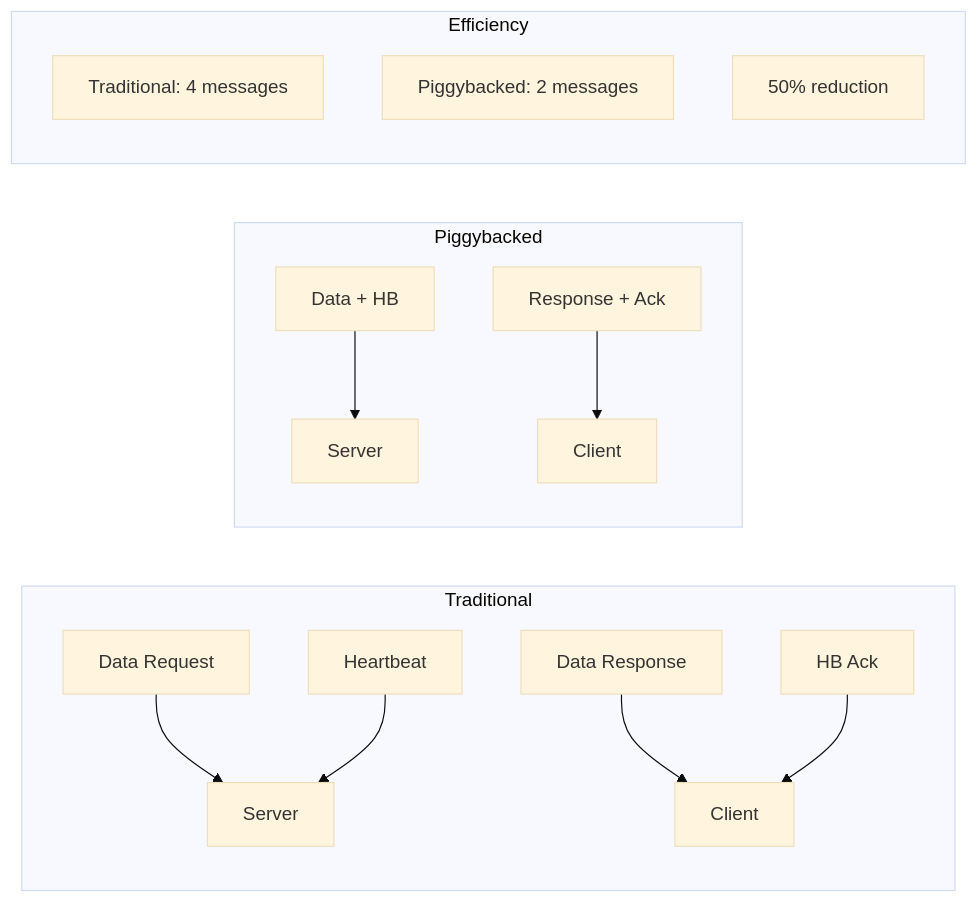
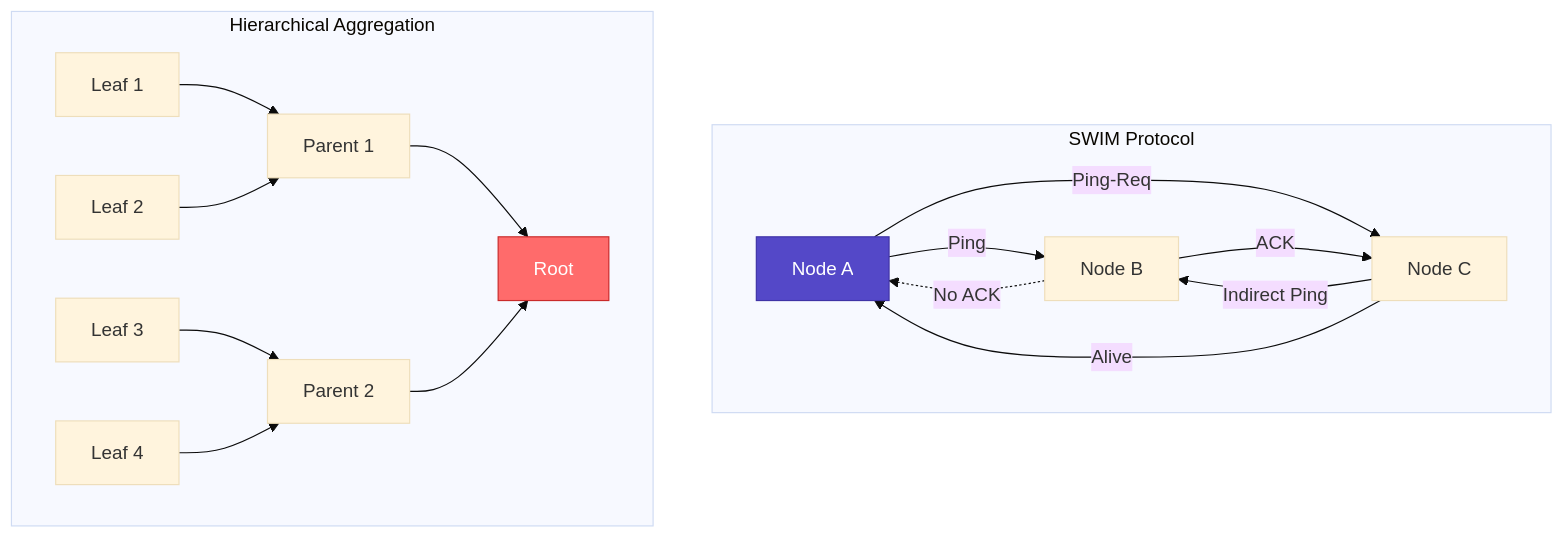
Before and after one commit to deepaucksharma/DStudio: the fourth of 6 diagrams in docs/pattern-library/resilience/heartbeat.md, drawn with Mermaid (base theme). The commit also changed other lines of this file and 119 other files, not shown here.

````diff
--- a/docs/pattern-library/resilience/heartbeat.md
+++ b/docs/pattern-library/resilience/heartbeat.md
@@ -547,20 +217,23 @@
 ```mermaid
-flowchart LR
-    subgraph "Traditional"
-        T1[Data Request] --> TS[Server]
-        T2[Heartbeat] --> TS
-        T3[Data Response] --> TC[Client]
-        T4[HB Ack] --> TC
+graph TB
+    subgraph "SWIM Protocol"
+        A[Node A] -->|Ping| B[Node B]
+        B -.->|No ACK| A
+        A -->|Ping-Req| C[Node C]
+        C -->|Indirect Ping| B
+        B -->|ACK| C
+        C -->|Alive| A
     end
     
-    subgraph "Piggybacked"
-        P1[Data + HB] --> PS[Server]
-        P2[Response + Ack] --> PC[Client]
+    subgraph "Hierarchical Aggregation"
+        L1[Leaf 1] --> P1[Parent 1]
+        L2[Leaf 2] --> P1
+        L3[Leaf 3] --> P2[Parent 2]
+        L4[Leaf 4] --> P2
+        P1 --> R[Root]
+        P2 --> R
     end
     
-    subgraph "Efficiency"
-        E1[Traditional: 4 messages]
-        E2[Piggybacked: 2 messages]
-        E3[50% reduction]
-    end
+    style A fill:#5448C8,stroke:#3f33a6,color:#fff
+    style R fill:#ff6b6b,stroke:#c92a2a,color:#fff
 ```
````
